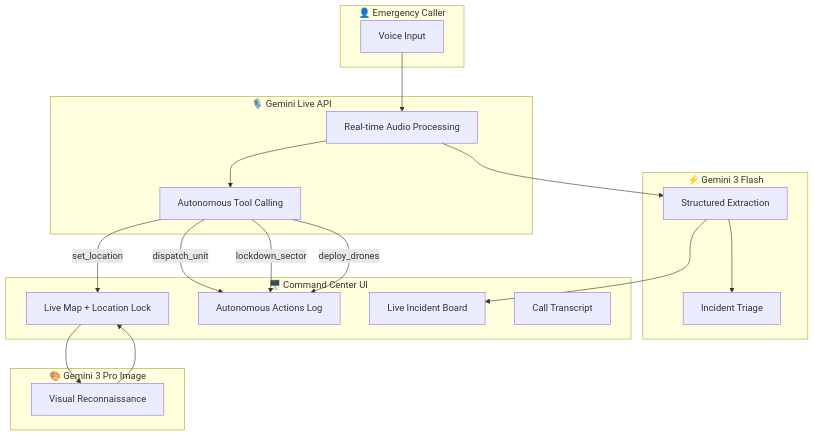
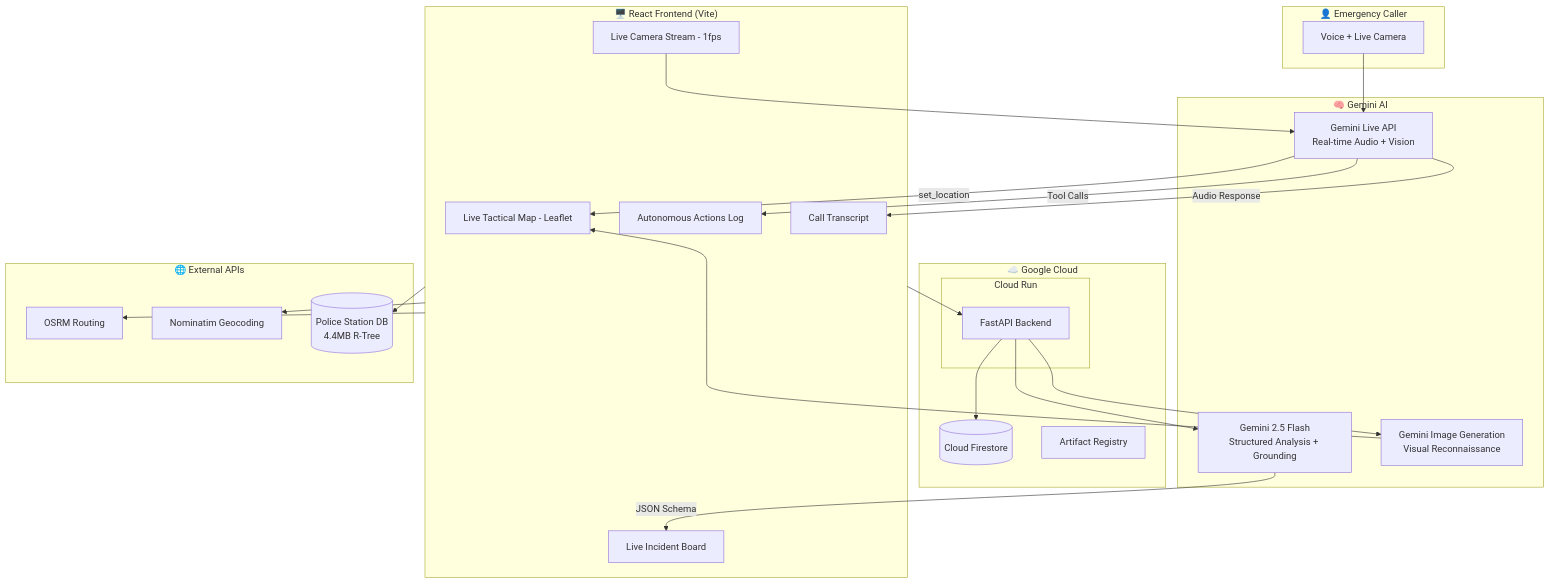
Before and after one commit to aadisaraf/sentinel911-GoogleLiveChallenge: the diagram in README.md, drawn with Mermaid. The commit also changed other lines of this file and 13 other files, not shown here.

````diff
--- a/README.md
+++ b/README.md
@@ -45,39 +64,49 @@
 ```mermaid
 graph TB
     subgraph Caller["👤 Emergency Caller"]
-        Voice[Voice Input]
+        Voice[Voice + Live Camera]
     end
     
-    subgraph LiveAPI["🎙️ Gemini Live API"]
-        Audio[Real-time Audio Processing]
-        Tools[Autonomous Tool Calling]
-    end
-    
-    subgraph Flash["⚡ Gemini 3 Flash"]
-        Extract[Structured Extraction]
-        Triage[Incident Triage]
-    end
-    
-    subgraph ImageGen["🎨 Gemini 3 Pro Image"]
-        Recon[Visual Reconnaissance]
-    end
-    
-    subgraph UI["🖥️ Command Center UI"]
-        Map[Live Map + Location Lock]
+    subgraph Frontend["🖥️ React Frontend (Vite)"]
+        Map[Live Tactical Map - Leaflet]
         Actions[Autonomous Actions Log]
         Incident[Live Incident Board]
         Transcript[Call Transcript]
+        Webcam[Live Camera Stream - 1fps]
     end
     
-    Voice --> Audio
-    Audio --> Tools
-    Tools --> |dispatch_unit| Actions
-    Tools --> |lockdown_sector| Actions
-    Tools --> |deploy_drones| Actions
-    Tools --> |set_location| Map
-    Audio --> Extract
-    Extract --> Incident
-    Extract --> Triage
-    Map --> Recon
-    Recon --> Map
+    subgraph GCP["☁️ Google Cloud"]
+        subgraph CloudRun["Cloud Run"]
+            Backend[FastAPI Backend]
+        end
+        Firestore[(Cloud Firestore)]
+        AR[Artifact Registry]
+    end
+    
+    subgraph Gemini["🧠 Gemini AI"]
+        LiveAPI[Gemini Live API\nReal-time Audio + Vision]
+        Flash[Gemini 2.5 Flash\nStructured Analysis + Grounding]
+        ImageGen[Gemini Image Generation\nVisual Reconnaissance]
+    end
+    
+    subgraph External["🌐 External APIs"]
+        OSRM[OSRM Routing]
+        Nominatim[Nominatim Geocoding]
+        PoliceDB[(Police Station DB\n4.4MB R-Tree)]
+    end
+    
+    Voice --> LiveAPI
+    Webcam --> LiveAPI
+    LiveAPI -->|Tool Calls| Actions
+    LiveAPI -->|set_location| Map
+    LiveAPI -->|Audio Response| Transcript
+    Backend --> Flash
+    Flash -->|JSON Schema| Incident
+    Backend --> ImageGen
+    ImageGen --> Map
+    Backend --> Firestore
+    Frontend --> Backend
+    Frontend --> OSRM
+    Frontend --> Nominatim
+    Frontend --> PoliceDB
 ```
````
